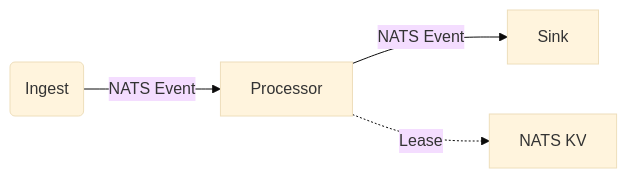
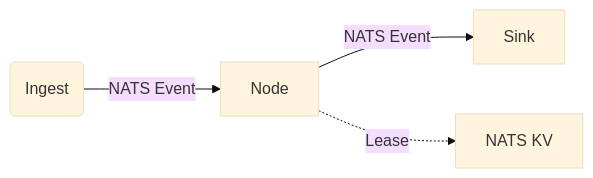
One commit to Sinity/sinex changed the first of 2 diagrams in crate/lib/sinex-node-sdk/docs/patterns.md. Above: the diagram before and after it, drawn with Mermaid (base theme). The commit also changed other lines of this file and 553 other files, not shown here.

````diff
--- a/crate/lib/sinex-node-sdk/docs/patterns.md
+++ b/crate/lib/sinex-node-sdk/docs/patterns.md
@@ -19,6 +19,6 @@
 ```mermaid
 graph LR
-    Source(Ingest) -->|NATS Event| Processor
-    Processor -->|NATS Event| Sink
-    Processor -.->|Lease| KV[NATS KV]
+    Source(Ingest) -->|NATS Event| Node
+    Node -->|NATS Event| Sink
+    Node -.->|Lease| KV[NATS KV]
 ```
````
